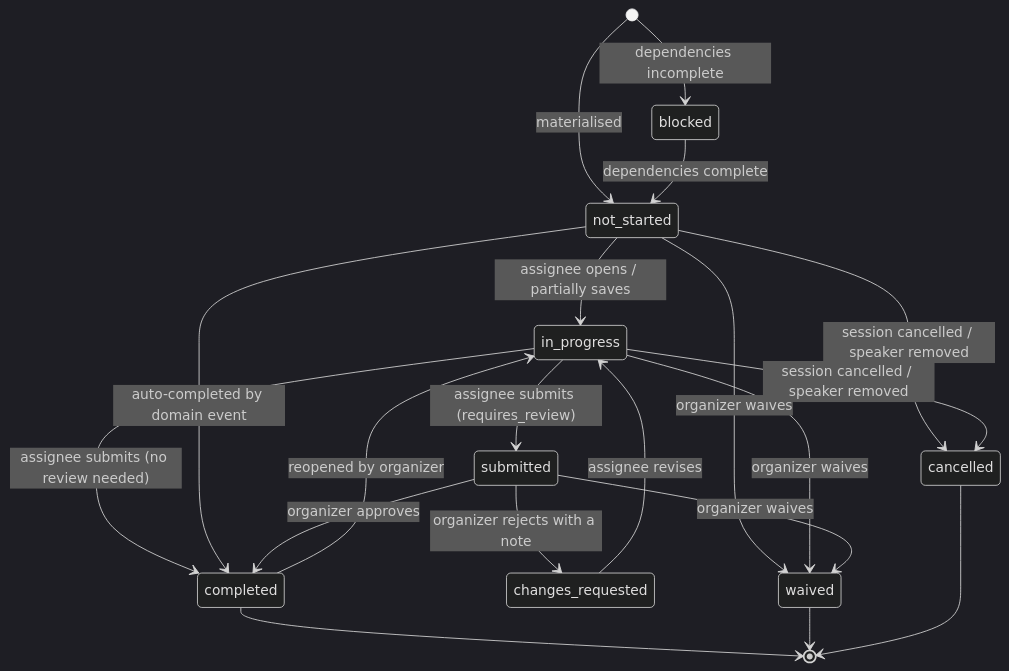
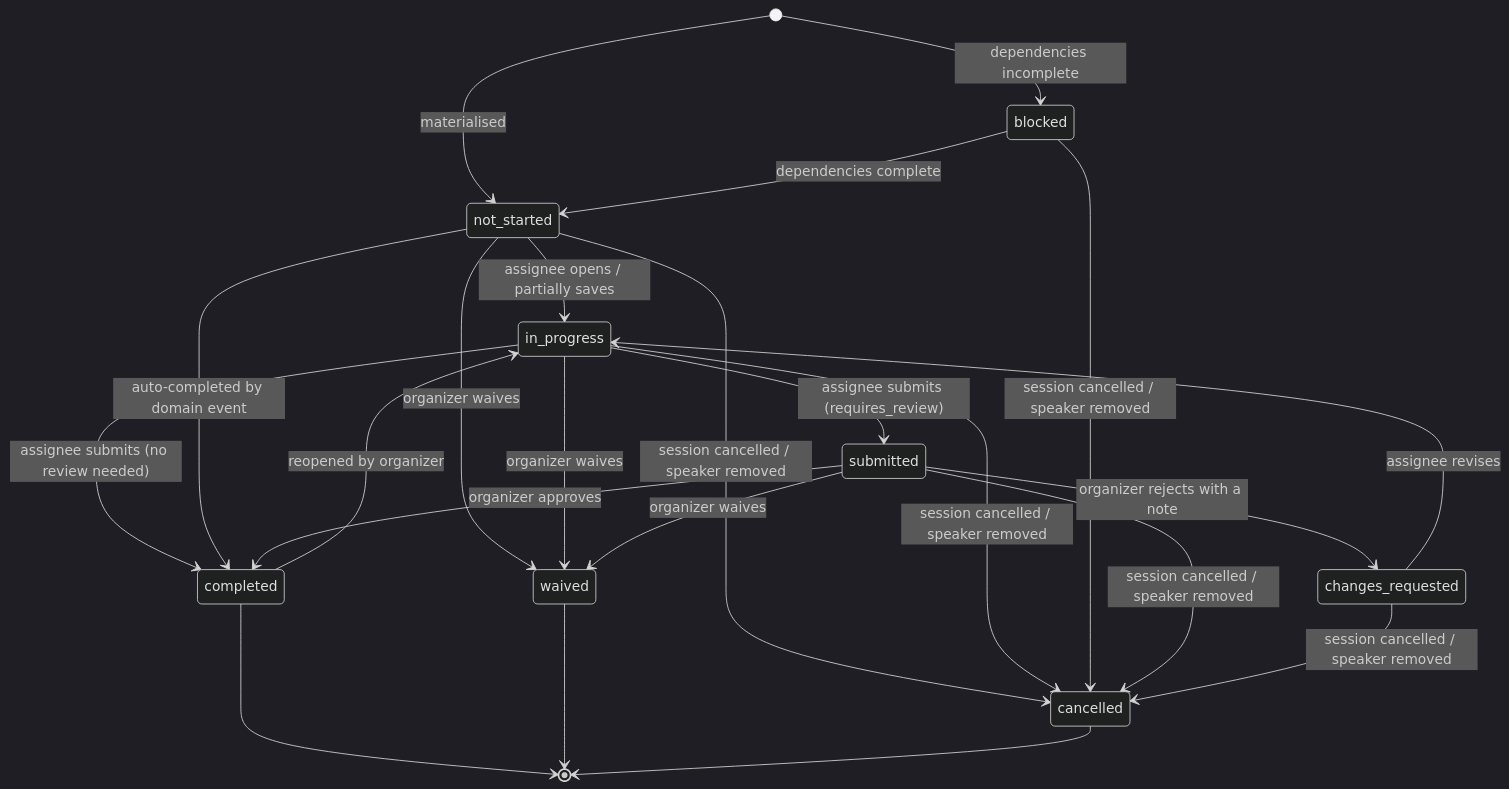
The second of 2 diagrams in docs/domain/07-onboarding.md (sameersegal/Podium), drawn with Mermaid (dark theme) before and after one commit. The commit also changed other lines of this file and 229 other files, not shown here.

````diff
--- a/docs/domain/07-onboarding.md
+++ b/docs/domain/07-onboarding.md
@@ -150,22 +150,25 @@
 ```mermaid
 stateDiagram-v2
   [*] --> blocked: dependencies incomplete
   [*] --> not_started: materialised
   blocked --> not_started: dependencies complete
   not_started --> in_progress: assignee opens / partially saves
   in_progress --> submitted: assignee submits (requires_review)
   in_progress --> completed: assignee submits (no review needed)
   not_started --> completed: auto-completed by domain event
   submitted --> completed: organizer approves
   submitted --> changes_requested: organizer rejects with a note
   changes_requested --> in_progress: assignee revises
   not_started --> waived: organizer waives
   in_progress --> waived: organizer waives
   submitted --> waived: organizer waives
   completed --> in_progress: reopened by organizer
   not_started --> cancelled: session cancelled / speaker removed
   in_progress --> cancelled: session cancelled / speaker removed
+  blocked --> cancelled: session cancelled / speaker removed
+  submitted --> cancelled: session cancelled / speaker removed
+  changes_requested --> cancelled: session cancelled / speaker removed
   completed --> [*]
   waived --> [*]
   cancelled --> [*]
 ```
````
